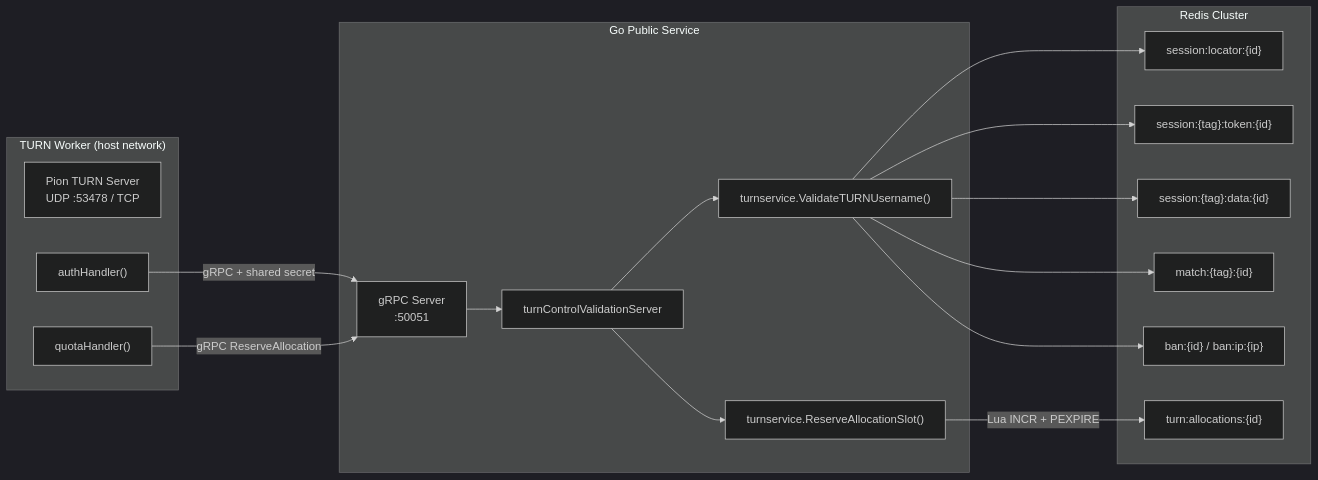
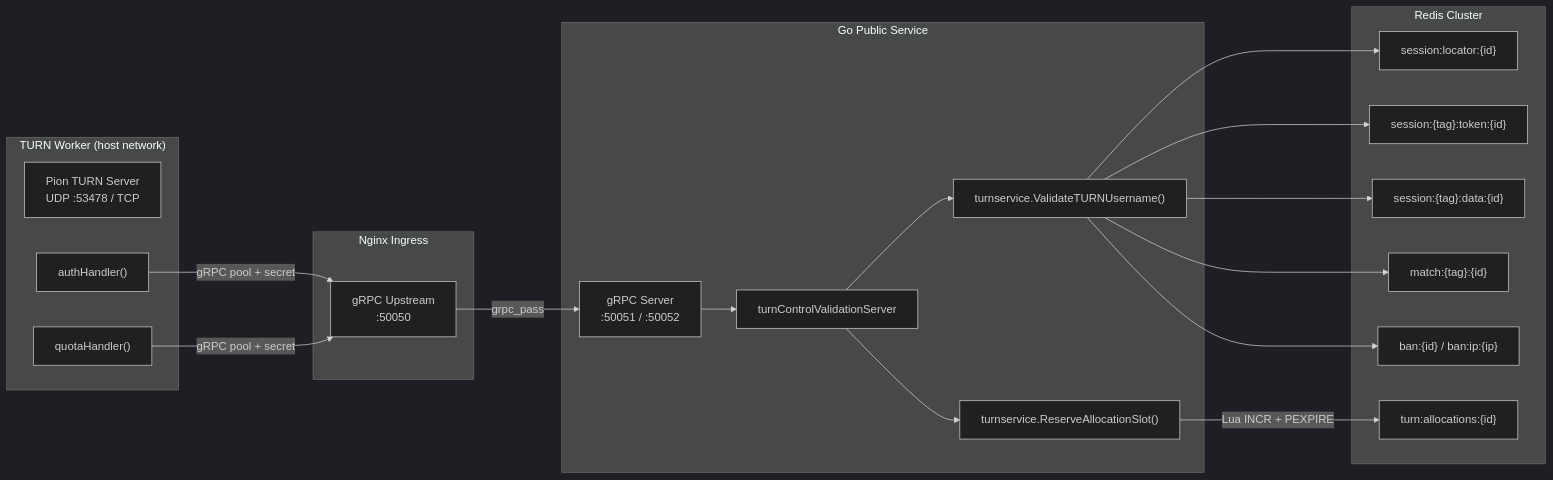
Before and after one commit to alessblaze/pairline: the third of 13 diagrams in ARCHITECTURE.md, drawn with Mermaid (dark theme). The commit also changed other lines of this file and 11 other files, not shown here.

````diff
--- a/ARCHITECTURE.md
+++ b/ARCHITECTURE.md
@@ -140,32 +140,38 @@
 ```mermaid
 graph LR
     subgraph "TURN Worker (host network)"
         TurnRelay["Pion TURN Server<br/>UDP :53478 / TCP"]
         TurnAuth["authHandler()"]
         TurnQuota["quotaHandler()"]
     end
 
+    subgraph "Nginx Ingress"
+        NginxProxy["gRPC Upstream<br/>:50050"]
+    end
+
     subgraph "Go Public Service"
-        GRPC["gRPC Server<br/>:50051"]
+        GRPC["gRPC Server<br/>:50051 / :50052"]
         ValServer["turnControlValidationServer"]
         AuthLogic["turnservice.ValidateTURNUsername()"]
         QuotaLogic["turnservice.ReserveAllocationSlot()"]
     end
 
     subgraph "Redis Cluster"
         SessLocator["session:locator:{id}"]
         SessToken["session:{tag}:token:{id}"]
         SessData["session:{tag}:data:{id}"]
         MatchKey["match:{tag}:{id}"]
         BanKey["ban:{id} / ban:ip:{ip}"]
         AllocKey["turn:allocations:{id}"]
     end
 
-    TurnAuth -->|"gRPC + shared secret"| GRPC
-    TurnQuota -->|"gRPC ReserveAllocation"| GRPC
+    TurnAuth -->|"gRPC pool + secret"| NginxProxy
+    TurnQuota -->|"gRPC pool + secret"| NginxProxy
+    NginxProxy -->|"grpc_pass"| GRPC
+    
     GRPC --> ValServer
     ValServer --> AuthLogic
     ValServer --> QuotaLogic
     AuthLogic --> SessLocator & SessToken & SessData & MatchKey & BanKey
     QuotaLogic -->|"Lua INCR + PEXPIRE"| AllocKey
 ```
````
